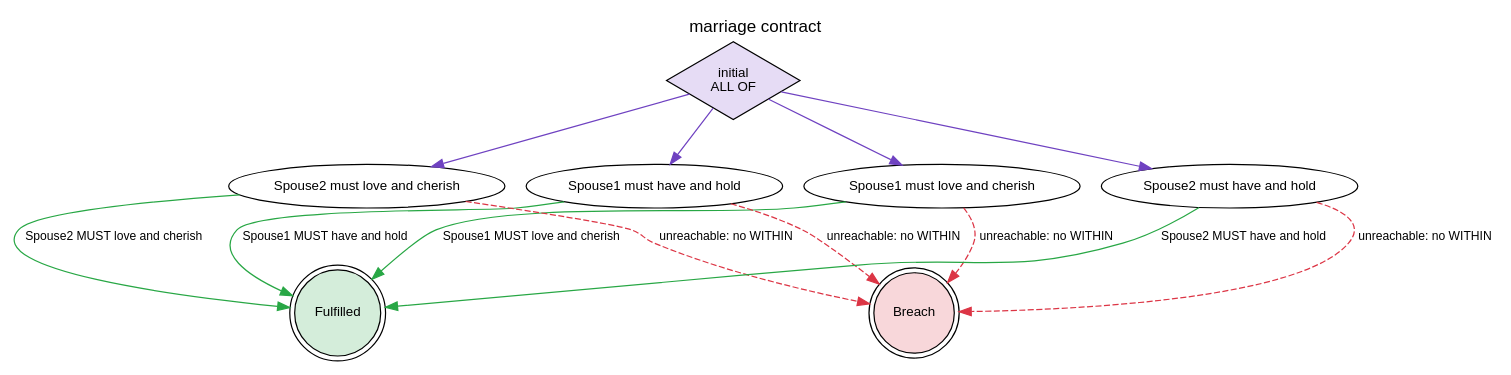
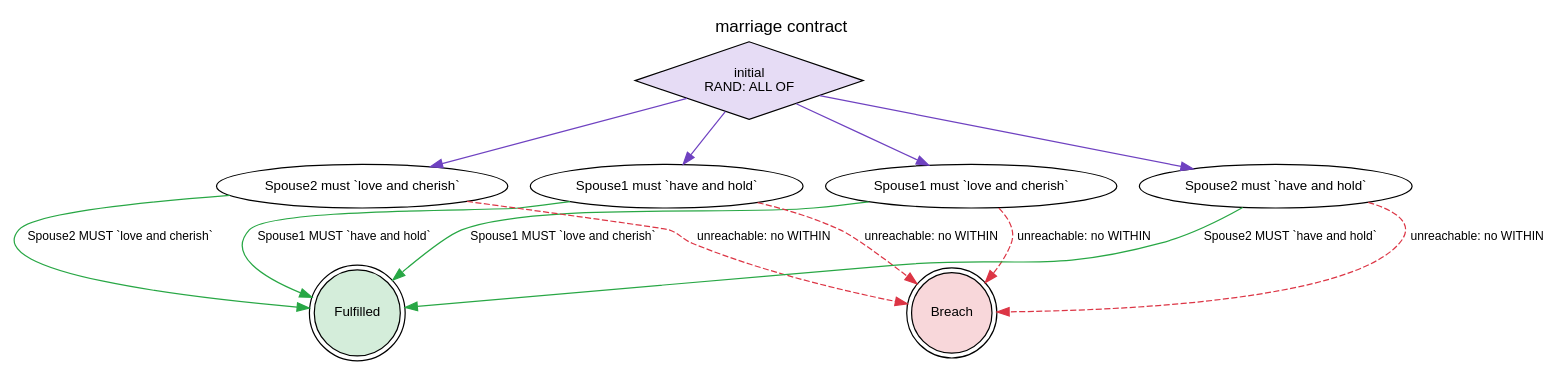
The diagram in jl4/examples/state-graphs/marriagecontract.dot (legalese/l4-ide), drawn with Graphviz before and after one commit. The commit also changed 93 other files, not shown here.

```diff
--- a/jl4/examples/state-graphs/marriagecontract.dot
+++ b/jl4/examples/state-graphs/marriagecontract.dot
@@ -1,82 +1,82 @@
 digraph {
     graph [rankdir=TB
           ,label="marriage contract"
           ,labelloc=t
           ,fontname=Helvetica
           ,fontsize=14];
     node [fontname=Helvetica
          ,fontsize=11];
     edge [fontname=Helvetica
          ,fontsize=10];
-    0 [label="initial\nALL OF"
+    0 [label="initial\nRAND: ALL OF"
       ,fillcolor=white
       ,style=filled
       ,shape=diamond
       ,fillcolor="#e6dcf5"];
-    1 [label="Spouse1 must love and cherish"
+    1 [label="Spouse1 must `love and cherish`"
       ,fillcolor=white
       ,style=filled
       ,shape=ellipse
       ,fillcolor="#ffffff"];
     2 [label=Fulfilled
       ,fillcolor=white
       ,style=filled
       ,shape=doublecircle
       ,fillcolor="#d4edda"];
     3 [label=Breach
       ,fillcolor=white
       ,style=filled
       ,shape=doublecircle
       ,fillcolor="#f8d7da"];
-    4 [label="Spouse1 must have and hold"
+    4 [label="Spouse1 must `have and hold`"
       ,fillcolor=white
       ,style=filled
       ,shape=ellipse
       ,fillcolor="#ffffff"];
-    5 [label="Spouse2 must love and cherish"
+    5 [label="Spouse2 must `love and cherish`"
       ,fillcolor=white
       ,style=filled
       ,shape=ellipse
       ,fillcolor="#ffffff"];
-    6 [label="Spouse2 must have and hold"
+    6 [label="Spouse2 must `have and hold`"
       ,fillcolor=white
       ,style=filled
       ,shape=ellipse
       ,fillcolor="#ffffff"];
     0 -> 1 [label=""
            ,color="#6f42c1"
            ,style=solid];
     0 -> 4 [label=""
            ,color="#6f42c1"
            ,style=solid];
     0 -> 5 [label=""
            ,color="#6f42c1"
            ,style=solid];
     0 -> 6 [label=""
            ,color="#6f42c1"
            ,style=solid];
-    1 -> 2 [label="Spouse1 MUST love and cherish"
+    1 -> 2 [label="Spouse1 MUST `love and cherish`"
            ,color="#28a745"
            ,style=solid];
     1 -> 3 [label="unreachable: no WITHIN"
            ,color="#dc3545"
            ,style=dashed];
-    4 -> 2 [label="Spouse1 MUST have and hold"
+    4 -> 2 [label="Spouse1 MUST `have and hold`"
            ,color="#28a745"
            ,style=solid];
     4 -> 3 [label="unreachable: no WITHIN"
            ,color="#dc3545"
            ,style=dashed];
-    5 -> 2 [label="Spouse2 MUST love and cherish"
+    5 -> 2 [label="Spouse2 MUST `love and cherish`"
            ,color="#28a745"
            ,style=solid];
     5 -> 3 [label="unreachable: no WITHIN"
            ,color="#dc3545"
            ,style=dashed];
-    6 -> 2 [label="Spouse2 MUST have and hold"
+    6 -> 2 [label="Spouse2 MUST `have and hold`"
            ,color="#28a745"
            ,style=solid];
     6 -> 3 [label="unreachable: no WITHIN"
            ,color="#dc3545"
            ,style=dashed];
 }
```
